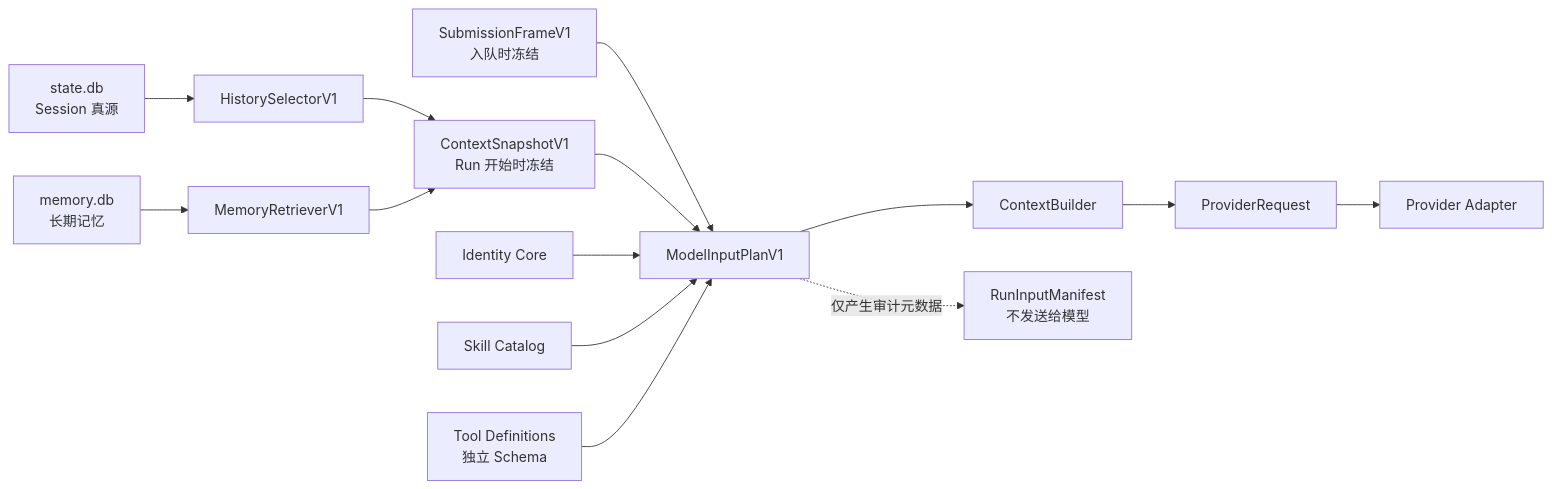
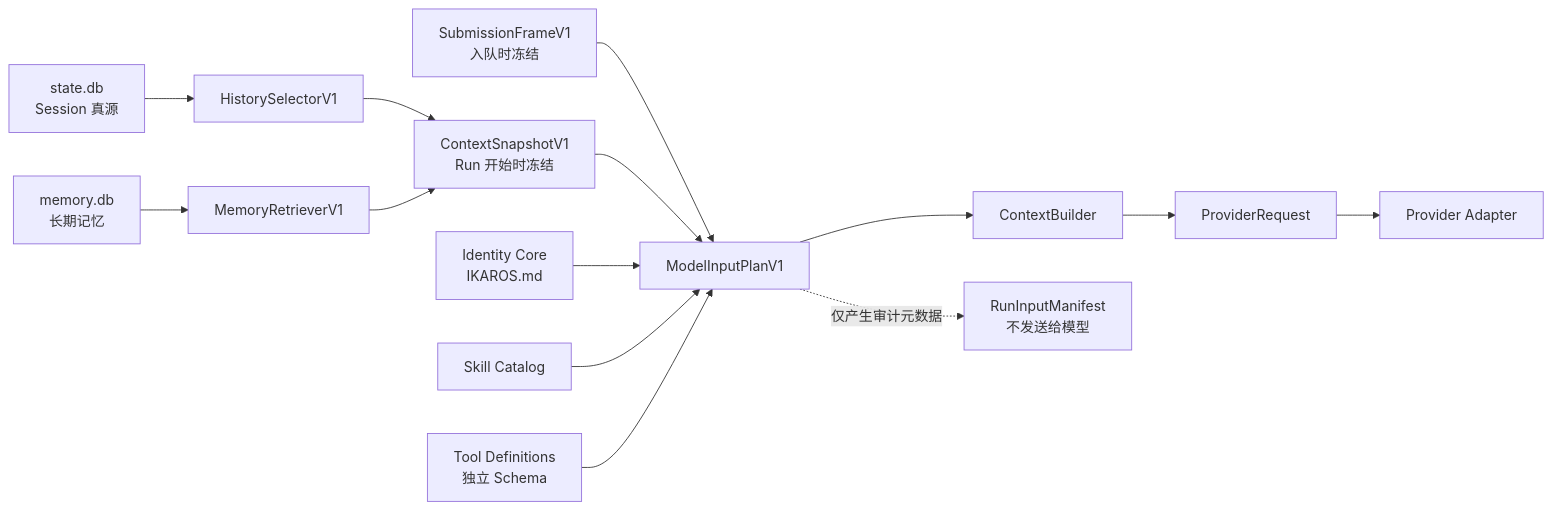
One commit to Lingbou/Ikaros changed the diagram in runtime/MODEL_INPUT_AND_MEMORY_DESIGN.md. Above: the diagram before and after it, drawn with Mermaid. The commit also changed other lines of this file and 26 other files, not shown here.

Commit message:
feat(runtime): add packaged Ikaros identity

````diff
--- a/runtime/MODEL_INPUT_AND_MEMORY_DESIGN.md
+++ b/runtime/MODEL_INPUT_AND_MEMORY_DESIGN.md
@@ -40,16 +40,16 @@
 ```mermaid
 flowchart LR
     S["state.db<br/>Session 真源"] --> H["HistorySelectorV1"]
     M["memory.db<br/>长期记忆"] --> R["MemoryRetrieverV1"]
     T["SubmissionFrameV1<br/>入队时冻结"] --> P["ModelInputPlanV1"]
     C["ContextSnapshotV1<br/>Run 开始时冻结"] --> P
-    I["Identity Core"] --> P
+    I["Identity Core<br/>IKAROS.md"] --> P
     K["Skill Catalog"] --> P
     H --> C
     R --> C
     P --> B["ContextBuilder"]
     B --> Q["ProviderRequest"]
     D["Tool Definitions<br/>独立 Schema"] --> P
     Q --> A["Provider Adapter"]
     P -. "仅产生审计元数据" .-> X["RunInputManifest<br/>不发送给模型"]
 ```
````
